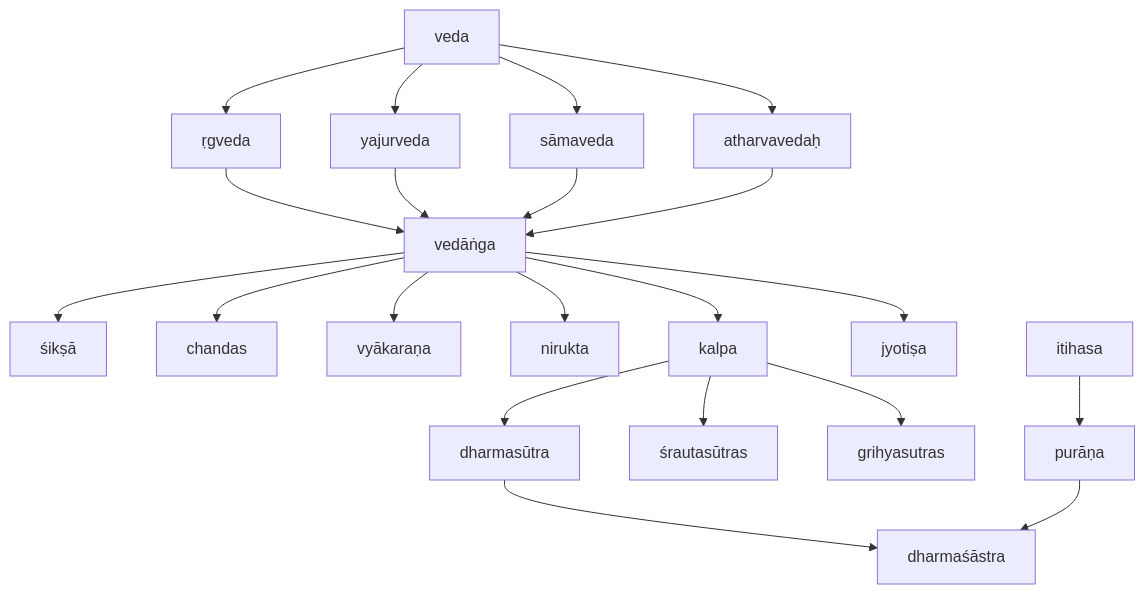
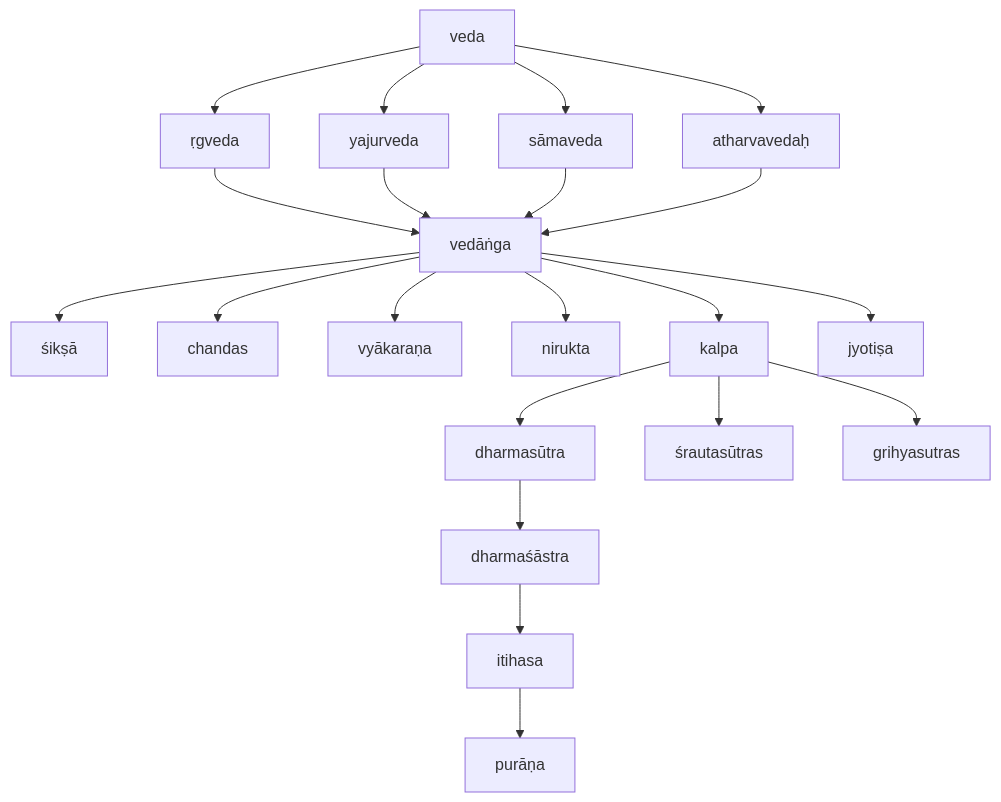
The diagram in README.md (World-Vedic-Heritage-University/.github), drawn with Mermaid before and after one commit.

````diff
--- a/README.md
+++ b/README.md
@@ -4,31 +4,31 @@
 ```mermaid
 
 graph TD;
 
     veda-->ṛgveda;
     veda-->yajurveda;
     veda-->sāmaveda;
     veda-->atharvavedaḥ;
 
 
     ṛgveda-->vedāṅga;
     yajurveda-->vedāṅga;
     sāmaveda-->vedāṅga;
     atharvavedaḥ-->vedāṅga;
     
     vedāṅga-->śikṣā;
     vedāṅga-->chandas;
     vedāṅga-->vyākaraṇa;
     vedāṅga-->nirukta;
     vedāṅga-->kalpa;
     vedāṅga-->jyotiṣa;
     kalpa-->dharmasūtra;
     kalpa-->śrautasūtras;
     kalpa-->grihyasutras;
     dharmasūtra-->dharmaśāstra;
-    purāṇa-->dharmaśāstra;
+    dharmaśāstra-->itihasa;
     itihasa-->purāṇa;
 
 
 
 ```
````
